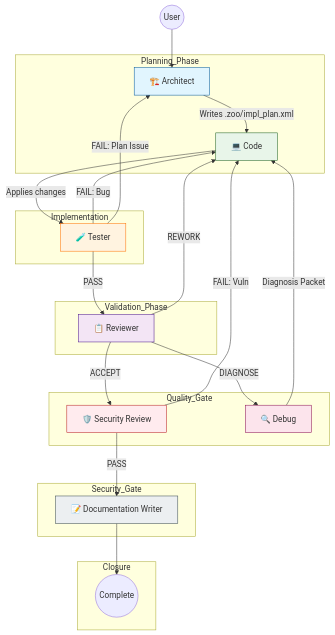
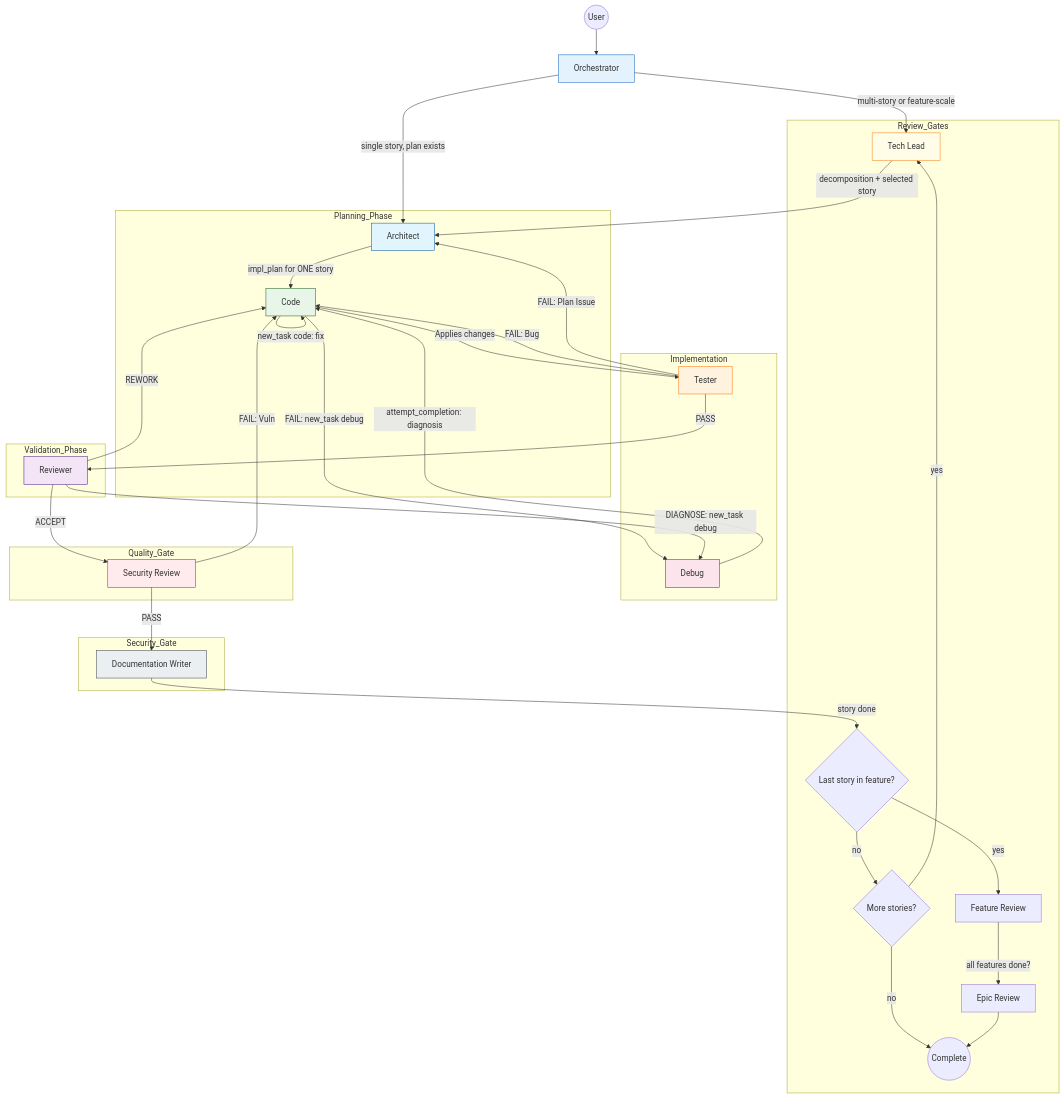
Before and after one commit to king-dopey/llmrouter: the diagram in docs/custom-modes.md, drawn with Mermaid. The commit also changed other lines of this file and 60 other files, not shown here.

````diff
--- a/docs/custom-modes.md
+++ b/docs/custom-modes.md
@@ -15,43 +152,55 @@
 ```mermaid
 graph TD
-    User((User)) --> Architect[🏗️ Architect]
-    
+    User((User)) --> Orchestrator["Orchestrator"]
+    Orchestrator -- "multi-story or feature-scale" --> TechLead["Tech Lead"]
+    Orchestrator -- "single story, plan exists" --> Architect["Architect"]
+    TechLead -- "decomposition + selected story" --> Architect
+
     subgraph Planning_Phase
-        Architect -- Writes .zoo/impl_plan.xml --> Code[💻 Code]
+        Architect -- "impl_plan for ONE story" --> Code["Code"]
     end
-    
+
     subgraph Implementation
-        Code -- Applies changes --> Tester[🧪 Tester]
+        Code -- "Applies changes" --> Tester["Tester"]
+        Code -- "FAIL: new_task debug" --> Debug["Debug"]
+        Debug -- "attempt_completion: diagnosis" --> Code
+        Code -- "new_task code: fix" --> Code
     end
-    
+
     subgraph Validation_Phase
-        Tester -- PASS --> Reviewer[📋 Reviewer]
-        Tester -- FAIL: Bug --> Code
-        Tester -- FAIL: Plan Issue --> Architect
+        Tester -- "PASS" --> Reviewer["Reviewer"]
+        Tester -- "FAIL: Bug" --> Code
+        Tester -- "FAIL: Plan Issue" --> Architect
     end
-    
+
     subgraph Quality_Gate
-        Reviewer -- ACCEPT --> SecurityReview[🛡️ Security Review]
-        Reviewer -- REWORK --> Code
-        Reviewer -- DIAGNOSE --> Debug[🔍 Debug]
+        Reviewer -- "ACCEPT" --> SecurityReview["Security Review"]
+        Reviewer -- "REWORK" --> Code
+        Reviewer -- "DIAGNOSE: new_task debug" --> Debug
     end
-    
-    Debug -- Diagnosis Packet --> Code
-    
+
     subgraph Security_Gate
-        SecurityReview -- PASS --> DocWriter[📝 Documentation Writer]
-        SecurityReview -- FAIL: Vuln --> Code
+        SecurityReview -- "PASS" --> DocWriter["Documentation Writer"]
+        SecurityReview -- "FAIL: Vuln" --> Code
     end
-    
-    subgraph Closure
-        DocWriter --> End((Complete))
+
+    subgraph Review_Gates
+        DocWriter -- "story done" --> FeatureReview{Last story in feature?}
+        FeatureReview -- "yes" --> FeatureReviewer["Feature Review"]
+        FeatureReviewer -- "all features done?" --> EpicReview["Epic Review"]
+        FeatureReview -- "no" --> NextStory{More stories?}
+        NextStory -- "yes" --> TechLead
+        NextStory -- "no" --> End((Complete))
+        EpicReview --> End
     end
-    
+
+    style TechLead fill:#fffde7,stroke:#f57f17
     style Architect fill:#e1f5fe,stroke:#01579b
     style Tester fill:#fff3e0,stroke:#ff6f00
     style Reviewer fill:#f3e5f5,stroke:#4a148c
     style SecurityReview fill:#ffebee,stroke:#b71c1c
     style Code fill:#e8f5e9,stroke:#1b5e20
     style DocWriter fill:#eceff1,stroke:#37474f
     style Debug fill:#fce4ec,stroke:#880e4f
+    style Orchestrator fill:#e3f2fd,stroke:#1565c0
 ```
````
